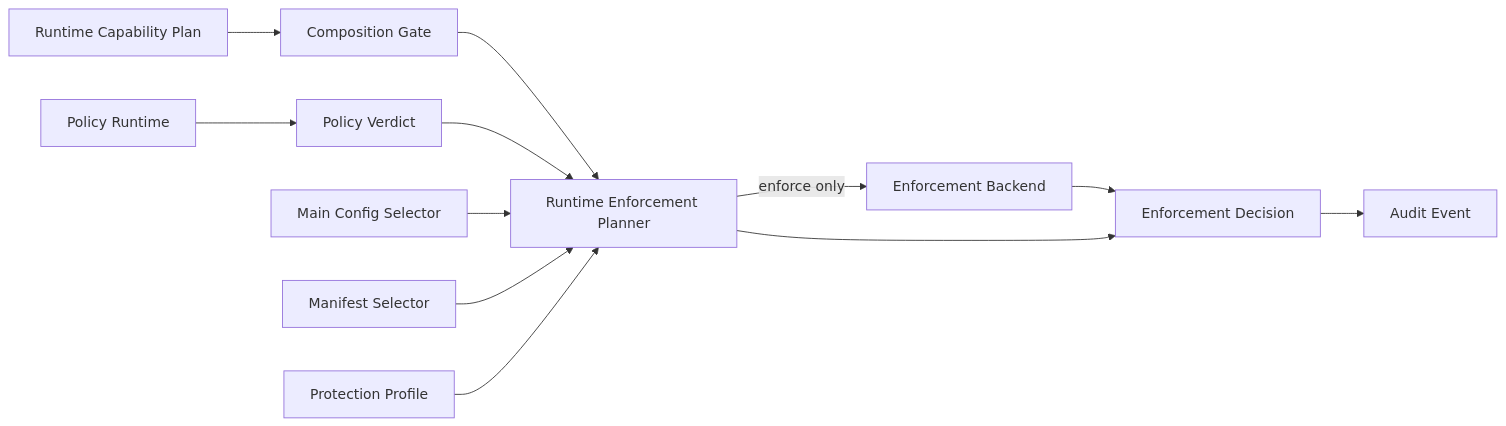
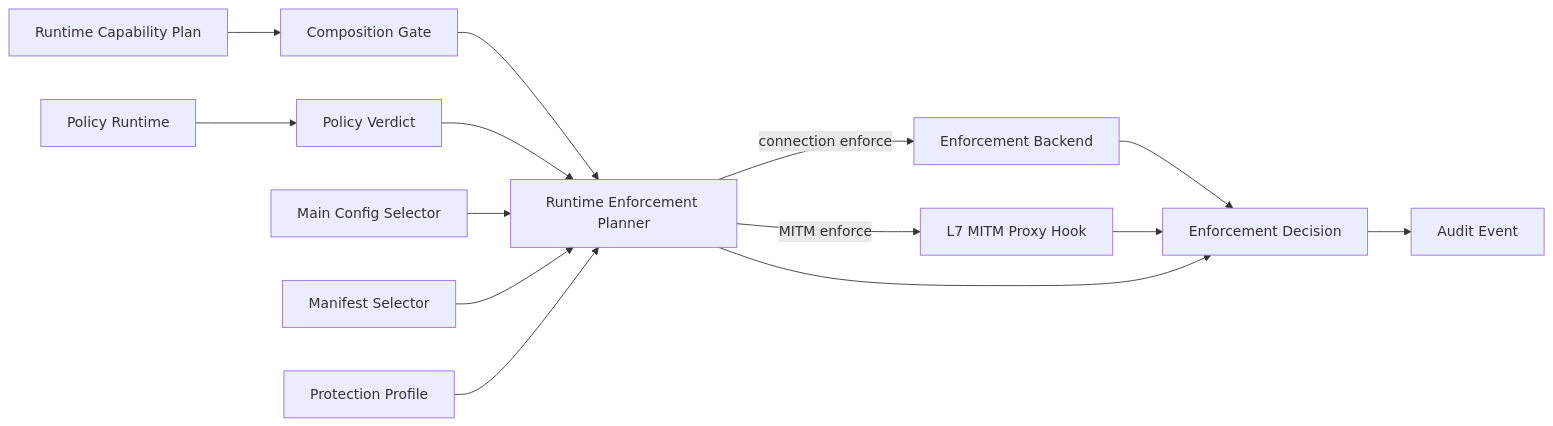
Before and after one commit to M4n5ter/probe: the fifth of 7 diagrams in docs/design.md, drawn with Mermaid. The commit also changed other lines of this file and 14 other files, not shown here.

Commit message:
Add MITM proxy-side policy hook transport

````diff
--- a/docs/design.md
+++ b/docs/design.md
@@ -2360,14 +2367,16 @@
 ```mermaid
 flowchart LR
     PolicyRuntime[Policy Runtime] --> PolicyVerdict[Policy Verdict]
     RuntimeCaps[Runtime Capability Plan] --> CompositionGate[Composition Gate]
     CompositionGate --> Planner[Runtime Enforcement Planner]
     PolicyVerdict --> Planner
     MainSelector[Main Config Selector] --> Planner
     ManifestSelector[Manifest Selector] --> Planner
     ProtectionProfile[Protection Profile] --> Planner
-    Planner -- enforce only --> Backend[Enforcement Backend]
+    Planner -- connection enforce --> Backend[Enforcement Backend]
+    Planner -- MITM enforce --> ProxyHook[L7 MITM Proxy Hook]
     Backend --> Decision
+    ProxyHook --> Decision
     Planner --> Decision[Enforcement Decision]
     Decision --> Audit[Audit Event]
 ```
````
